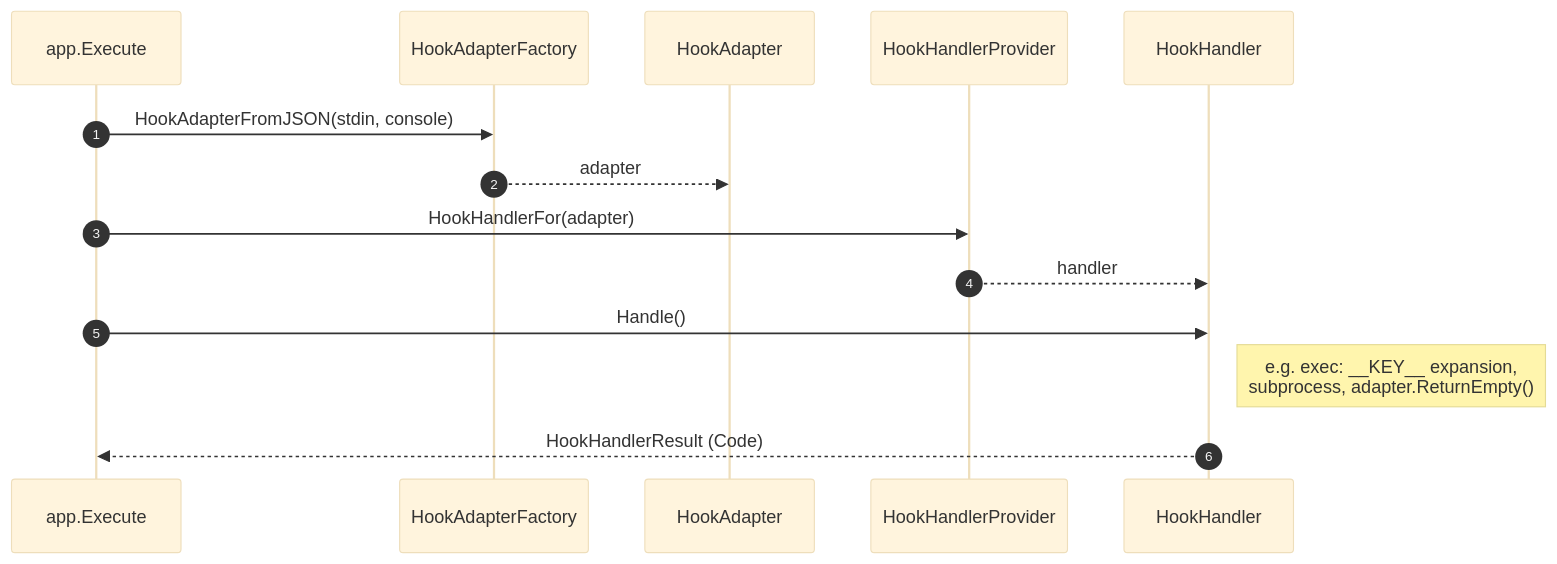
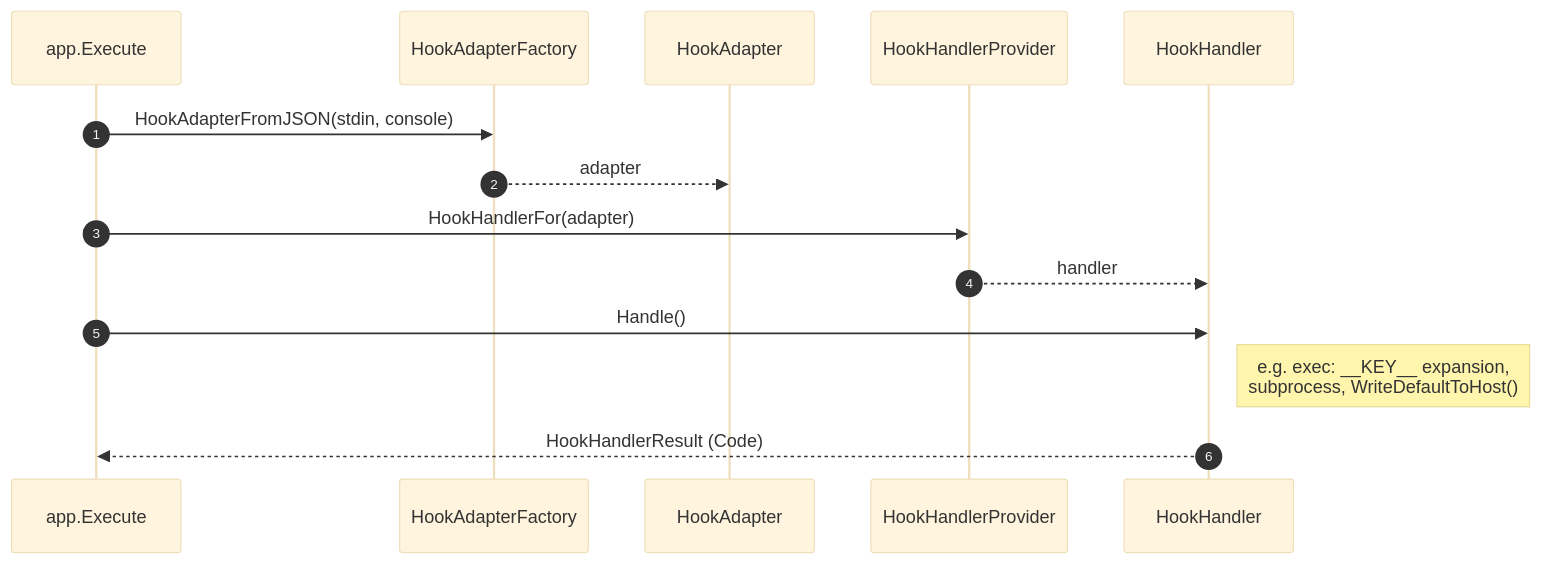
The diagram in README.md (sviatsviatsviat/wat), drawn with Mermaid (base theme) before and after one commit. The commit also changed other lines of this file and 34 other files, not shown here.

````diff
--- a/README.md
+++ b/README.md
@@ -205,17 +187,17 @@
 ```mermaid
 sequenceDiagram
   autonumber
   participant E as app.Execute
   participant AF as HookAdapterFactory
   participant A as HookAdapter
   participant P as HookHandlerProvider
   participant H as HookHandler
 
   E->>AF: HookAdapterFromJSON(stdin, console)
   AF-->>A: adapter
   E->>P: HookHandlerFor(adapter)
   P-->>H: handler
   E->>H: Handle()
-  Note right of H: e.g. exec: __KEY__ expansion,<br/>subprocess, adapter.ReturnEmpty()
+  Note right of H: e.g. exec: __KEY__ expansion,<br/>subprocess, WriteDefaultToHost()
   H-->>E: HookHandlerResult (Code)
 ```
````
